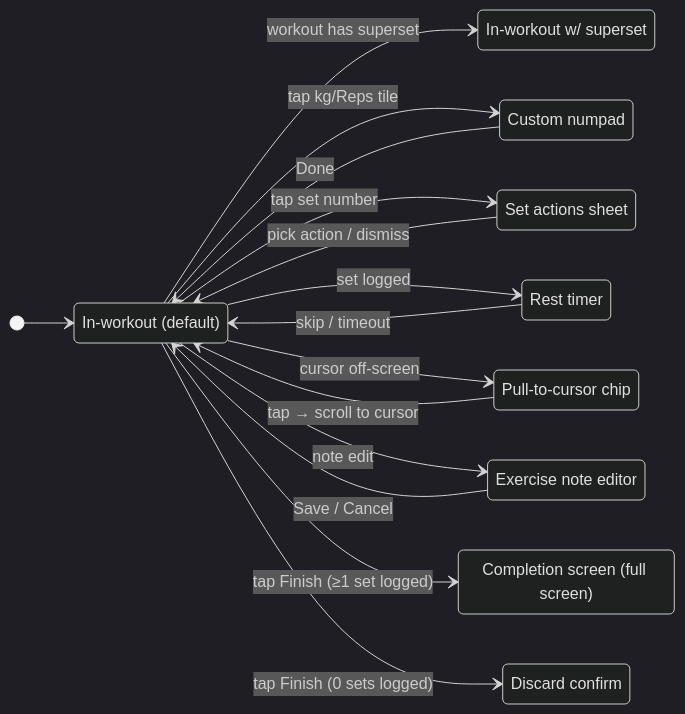
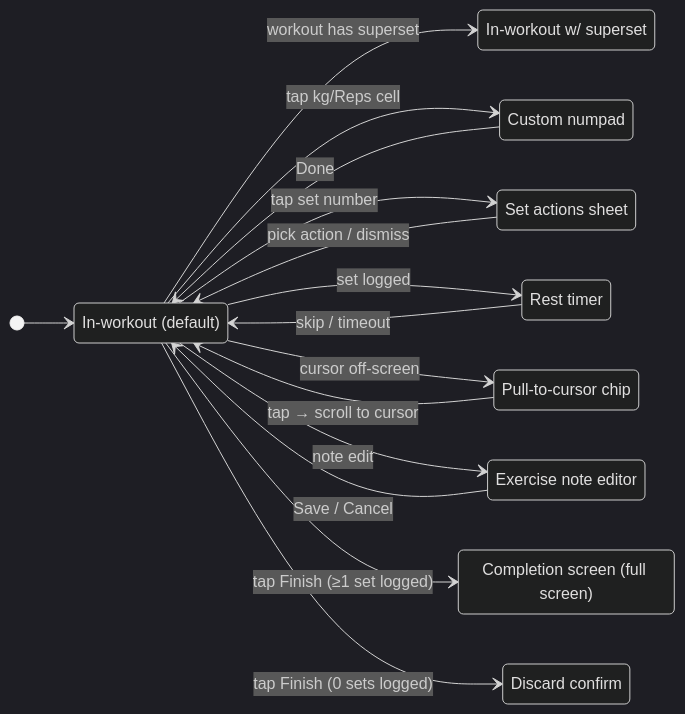
Before and after one commit to MaxKibets/kachka: the fourth of 6 diagrams in docs/wireframes/flow.md, drawn with Mermaid (dark theme). The commit also changed other lines of this file and 5 other files, not shown here.

First line of the commit message:
docs(in-workout): flatten the active set's kg/reps cells

````diff
--- a/docs/wireframes/flow.md
+++ b/docs/wireframes/flow.md
@@ -166,28 +166,28 @@
 ```mermaid
 stateDiagram-v2
     direction LR
     [*] --> InWorkout
     InWorkout --> InWorkoutSS: workout has superset
-    InWorkout --> Numpad: tap kg/Reps tile
+    InWorkout --> Numpad: tap kg/Reps cell
     InWorkout --> SetActions: tap set number
     InWorkout --> RestTimer: set logged
     InWorkout --> PullToCursor: cursor off-screen
     InWorkout --> NoteEditor: note edit
     Numpad --> InWorkout: Done
     SetActions --> InWorkout: pick action / dismiss
     RestTimer --> InWorkout: skip / timeout
     PullToCursor --> InWorkout: tap → scroll to cursor
     NoteEditor --> InWorkout: Save / Cancel
     InWorkout --> CompletionScreen: tap Finish (≥1 set logged)
     InWorkout --> ConfirmDiscard: tap Finish (0 sets logged)
 
     state "In-workout (default)" as InWorkout
     state "In-workout w/ superset" as InWorkoutSS
     state "Custom numpad" as Numpad
     state "Set actions sheet" as SetActions
     state "Rest timer" as RestTimer
     state "Pull-to-cursor chip" as PullToCursor
     state "Exercise note editor" as NoteEditor
     state "Completion screen (full screen)" as CompletionScreen
     state "Discard confirm" as ConfirmDiscard
 ```
````
